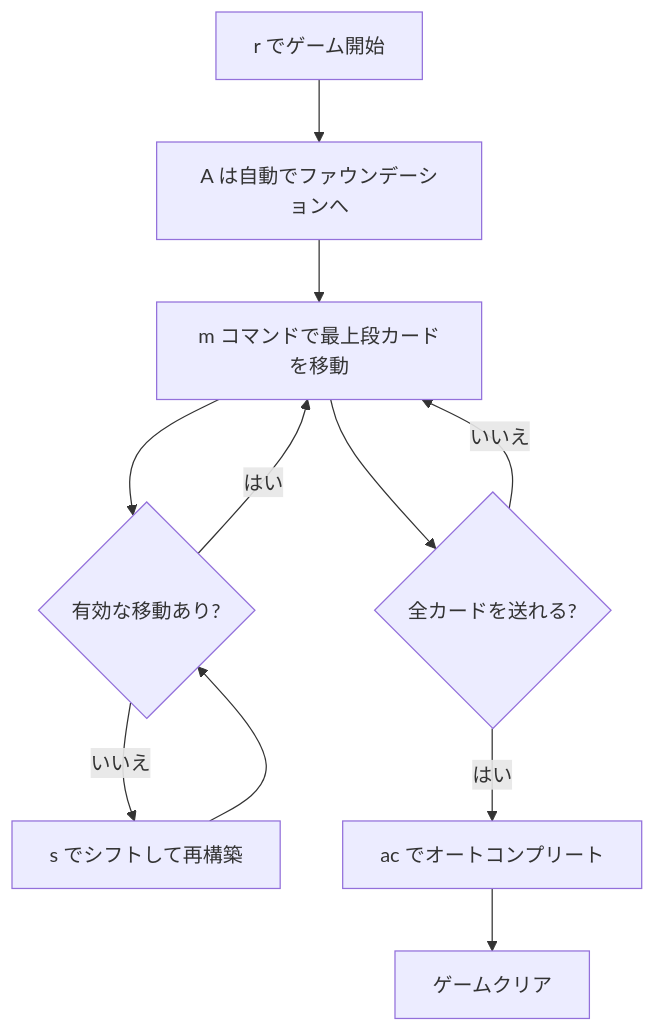
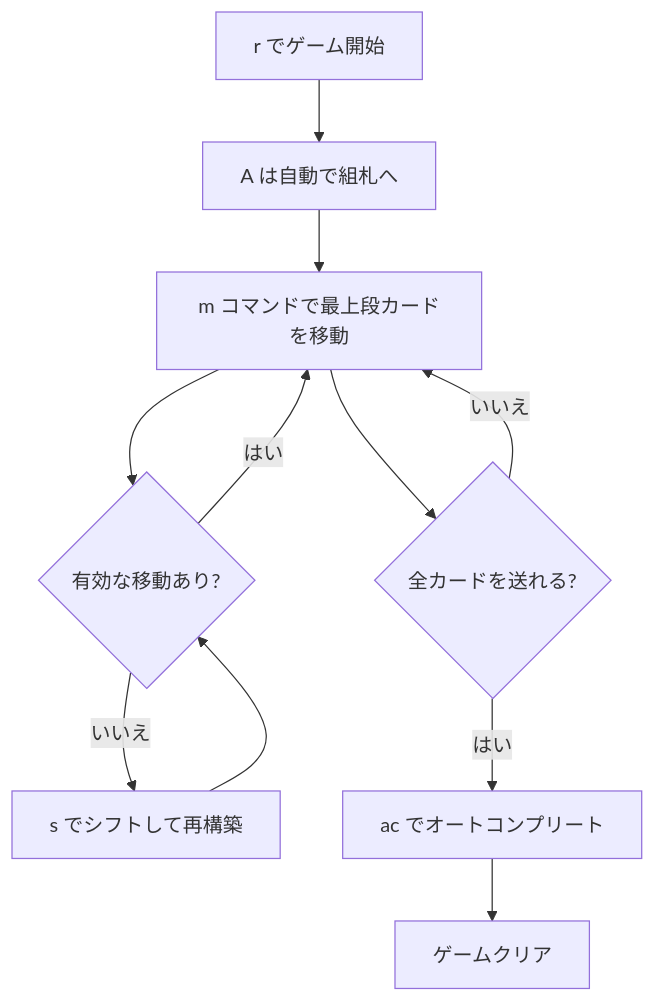
The diagram in docs/manual/cui/cruel.md (yuta-yoshinaga/go_trumpcards), drawn with Mermaid before and after one commit. The commit also changed other lines of this file and 60 other files, not shown here.

````diff
--- a/docs/manual/cui/cruel.md
+++ b/docs/manual/cui/cruel.md
@@ -34,13 +34,13 @@
 ```mermaid
 flowchart TD
-    A[r でゲーム開始] --> B[A は自動でファウンデーションへ]
+    A[r でゲーム開始] --> B[A は自動で組札へ]
     B --> C[m コマンドで最上段カードを移動]
     C --> D{有効な移動あり?}
     D -->|はい| C
     D -->|いいえ| E[s でシフトして再構築]
     E --> D
     C --> F{全カードを送れる?}
     F -->|はい| G[ac でオートコンプリート]
     G --> H[ゲームクリア]
     F -->|いいえ| C
 ```
````
